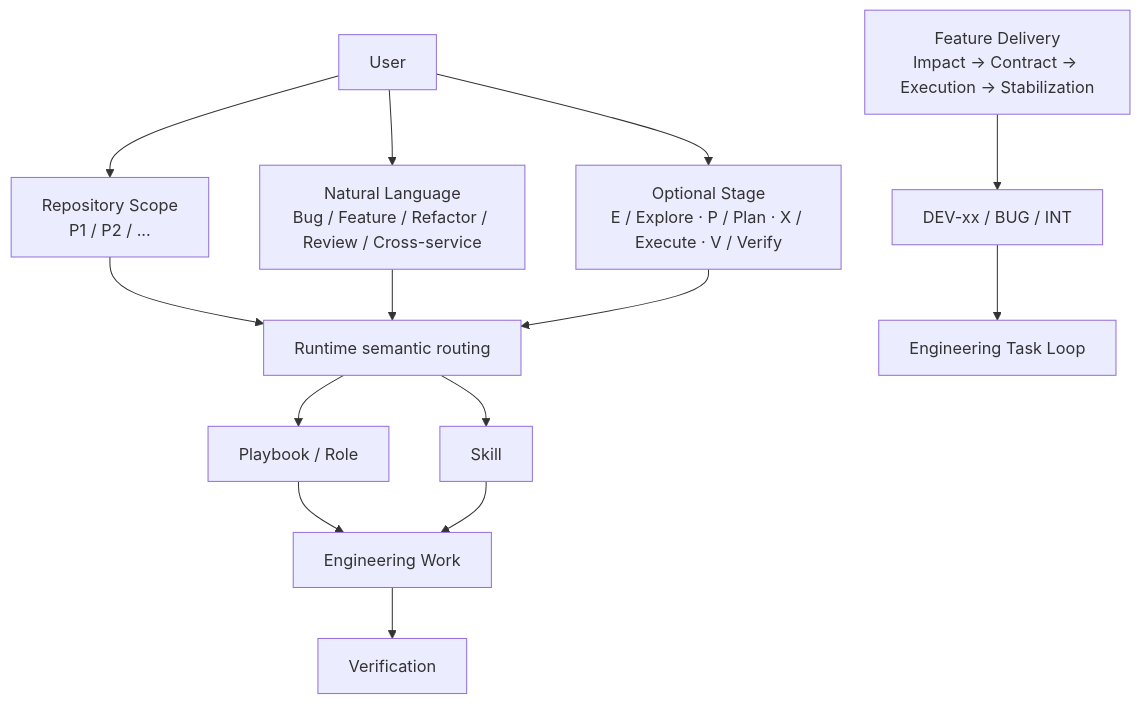
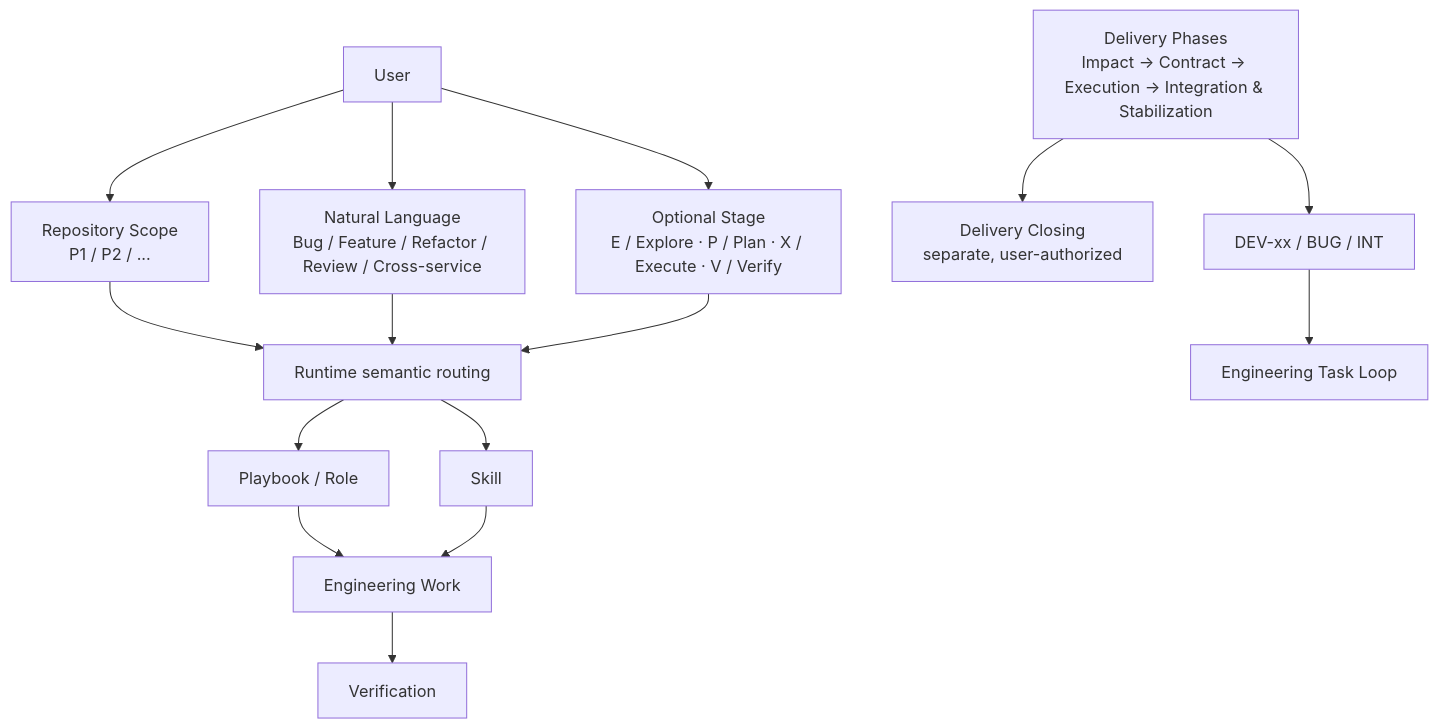
One commit to cnxutu/tu-engineering-workbench changed the first of 9 diagrams in docs/workflows/engineering-task-loop/README.md. Above: the diagram before and after it, drawn with Mermaid. The commit also changed other lines of this file and 23 other files, not shown here.

````diff
--- a/docs/workflows/engineering-task-loop/README.md
+++ b/docs/workflows/engineering-task-loop/README.md
@@ -19,16 +19,17 @@
 ```mermaid
 flowchart TD
     U[User] --> S[Repository Scope<br/>P1 / P2 / ...]
     U --> T[Natural Language<br/>Bug / Feature / Refactor / Review / Cross-service]
     U --> G[Optional Stage<br/>E / Explore · P / Plan · X / Execute · V / Verify]
     S --> R[Runtime semantic routing]
     T --> R
     G --> R
     R --> PB[Playbook / Role]
     R --> SK[Skill]
     PB --> W[Engineering Work]
     SK --> W
     W --> V[Verification]
-    FD[Feature Delivery<br/>Impact → Contract → Execution → Stabilization] --> FI[DEV-xx / BUG / INT]
+    FD[Delivery Phases<br/>Impact → Contract → Execution → Integration & Stabilization] --> CL[Delivery Closing<br/>separate, user-authorized]
+    FD --> FI[DEV-xx / BUG / INT]
     FI --> ETL[Engineering Task Loop]
 ```
````
